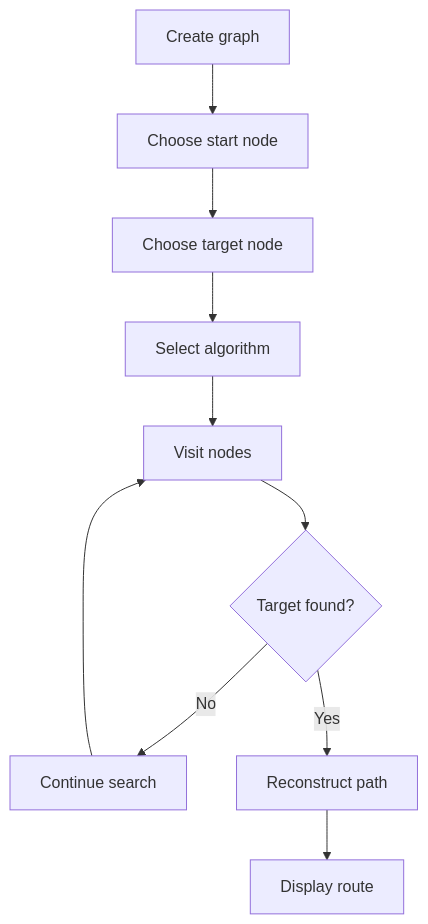
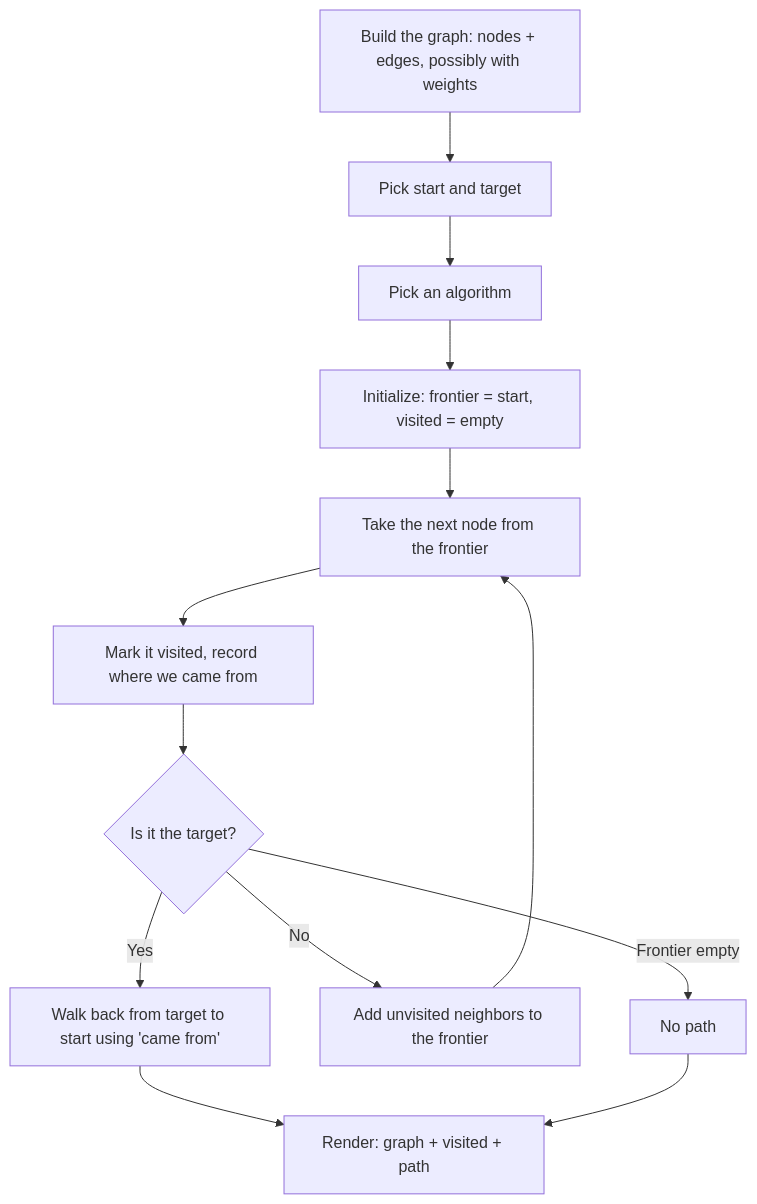
One commit to rmalkevy/Programming-Practice-Projects changed the diagram in labs/lab-07-graph-route-finder.md. Above: the diagram before and after it, drawn with Mermaid. The commit also changed other lines of this file and 2 other files, not shown here.

````diff
--- a/labs/lab-07-graph-route-finder.md
+++ b/labs/lab-07-graph-route-finder.md
@@ -37,12 +61,15 @@
 ```mermaid
 flowchart TD
-    A[Create graph] --> B[Choose start node]
-    B --> C[Choose target node]
-    C --> D[Select algorithm]
-    D --> E[Visit nodes]
-    E --> F{Target found?}
-    F -- No --> G[Continue search]
-    G --> E
-    F -- Yes --> H[Reconstruct path]
-    H --> I[Display route]
+    A[Build the graph: nodes + edges, possibly with weights] --> B[Pick start and target]
+    B --> C[Pick an algorithm]
+    C --> D[Initialize: frontier = start, visited = empty]
+    D --> E[Take the next node from the frontier]
+    E --> F[Mark it visited, record where we came from]
+    F --> G{Is it the target?}
+    G -- Yes --> H[Walk back from target to start using 'came from']
+    G -- No --> I[Add unvisited neighbors to the frontier]
+    I --> E
+    G -- Frontier empty --> J[No path]
+    H --> K[Render: graph + visited + path]
+    J --> K
 ```
````
